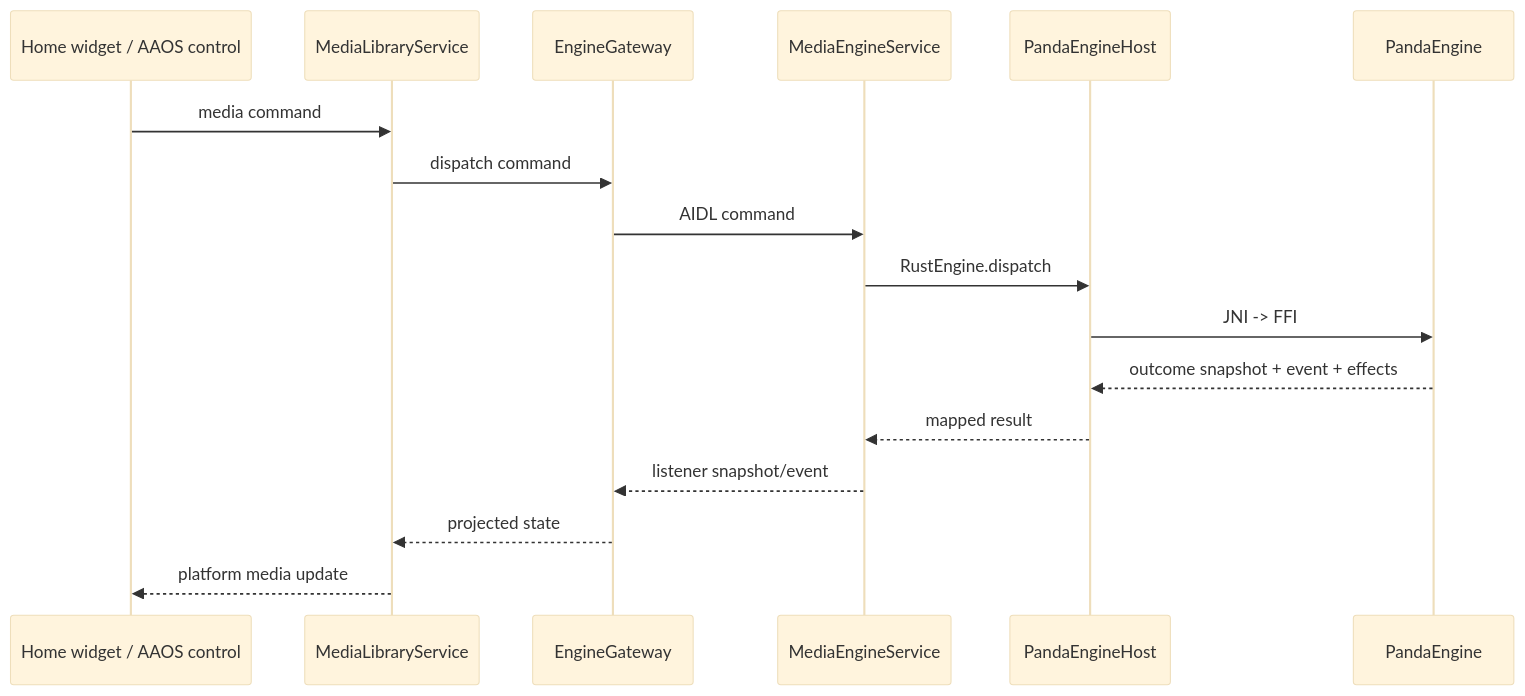
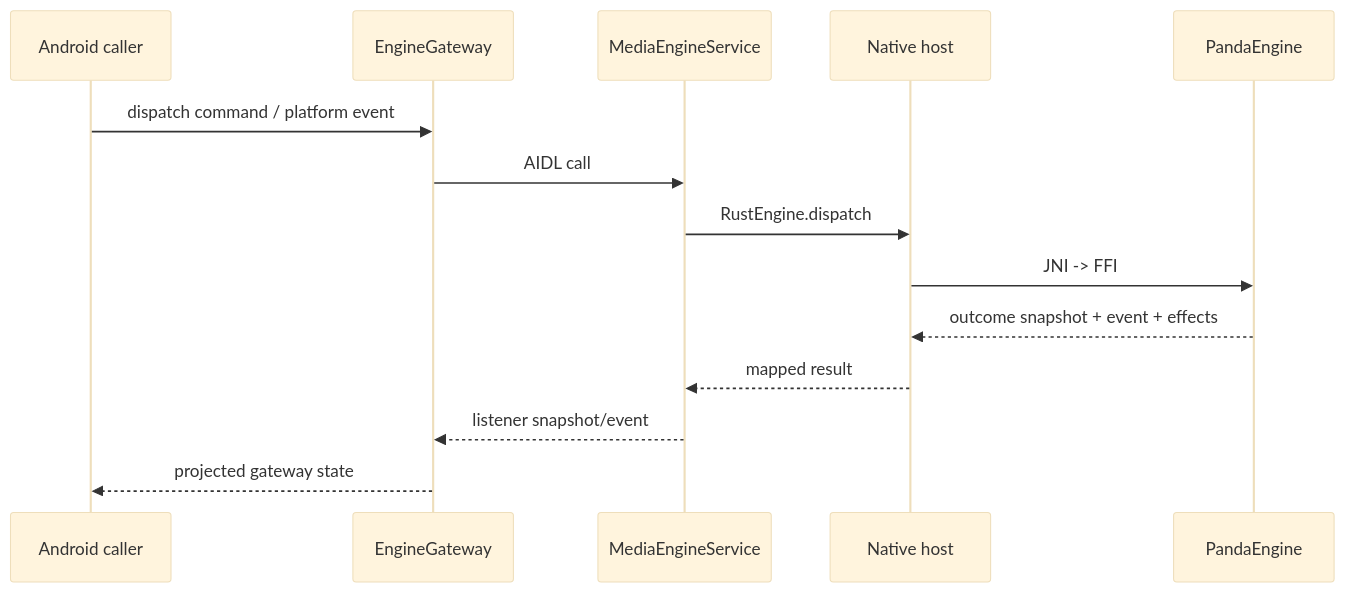
The second of 2 diagrams in docs/native-engine-host.md (adrianrusu16/Media-App), drawn with Mermaid (base theme) before and after one commit. The commit also changed other lines of this file and 3 other files, not shown here.

Commit message:
docs: split android integration from engine host

````diff
--- a/docs/native-engine-host.md
+++ b/docs/native-engine-host.md
@@ -75,20 +57,17 @@
 ```mermaid
 sequenceDiagram
-    participant Widget as Home widget / AAOS control
-    participant Media3 as MediaLibraryService
+    participant Caller as Android caller
     participant Gateway as EngineGateway
     participant Service as MediaEngineService
-    participant Host as PandaEngineHost
+    participant Host as Native host
     participant Rust as PandaEngine
 
-    Widget->>Media3: media command
-    Media3->>Gateway: dispatch command
-    Gateway->>Service: AIDL command
+    Caller->>Gateway: dispatch command / platform event
+    Gateway->>Service: AIDL call
     Service->>Host: RustEngine.dispatch
     Host->>Rust: JNI -> FFI
     Rust-->>Host: outcome snapshot + event + effects
     Host-->>Service: mapped result
     Service-->>Gateway: listener snapshot/event
-    Gateway-->>Media3: projected state
-    Media3-->>Widget: platform media update
+    Gateway-->>Caller: projected gateway state
 ```
````
